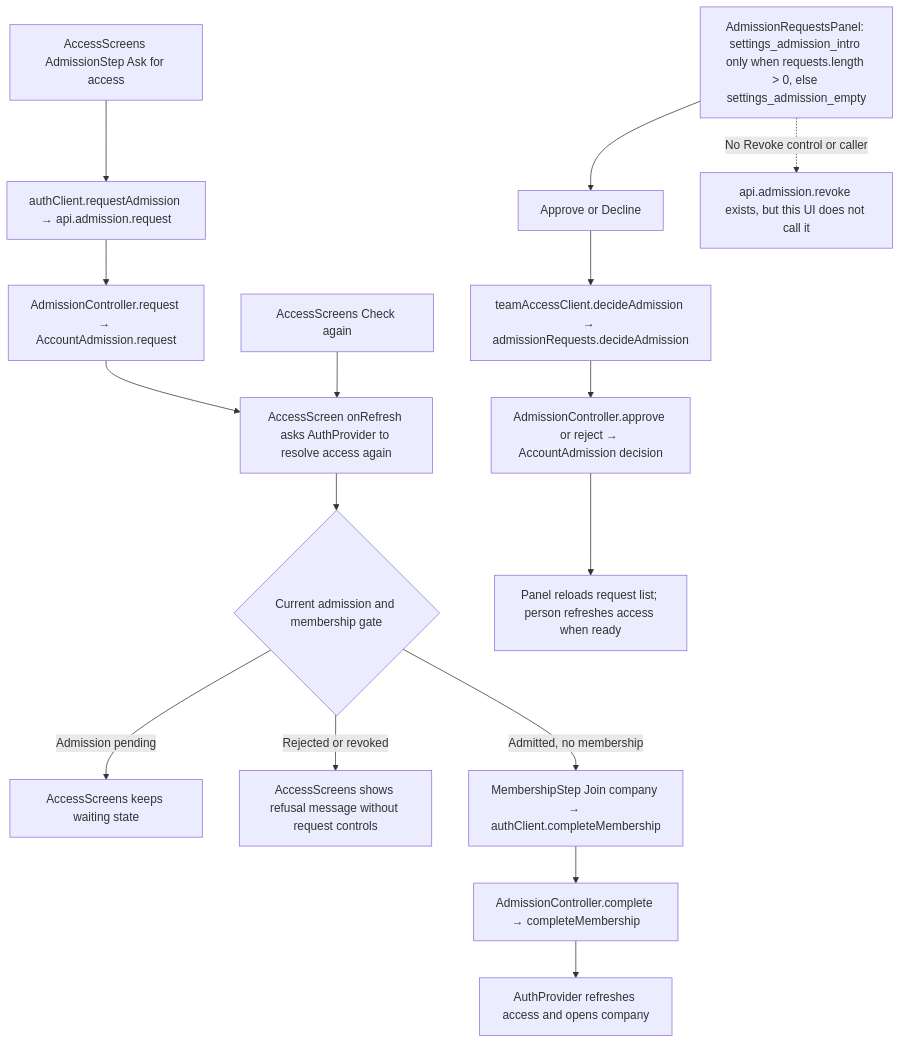
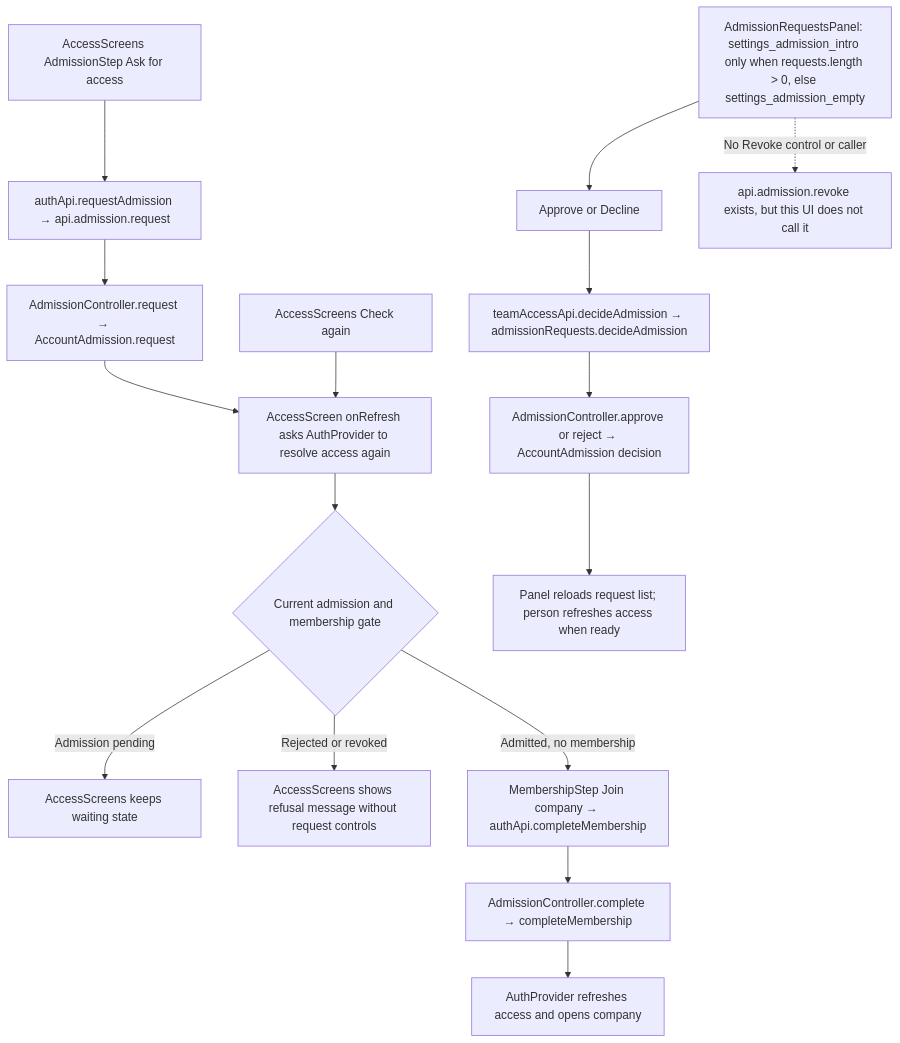
Before and after one commit to Kevinjohn/capacitylens: the second of 2 diagrams in user-stories/team/US-TEAM-05-request-admission.md, drawn with Mermaid. The commit also changed other lines of this file and 79 other files, not shown here.

First line of the commit message:
Client to Api: rename the typed HTTP modules

````diff
--- a/user-stories/team/US-TEAM-05-request-admission.md
+++ b/user-stories/team/US-TEAM-05-request-admission.md
@@ -37,18 +37,18 @@
 ```mermaid
 flowchart TD
-    Ask["AccessScreens AdmissionStep Ask for access"] --> AuthClient["authClient.requestAdmission → api.admission.request"]
-    AuthClient --> RequestController["AdmissionController.request → AccountAdmission.request"]
+    Ask["AccessScreens AdmissionStep Ask for access"] --> AuthApi["authApi.requestAdmission → api.admission.request"]
+    AuthApi --> RequestController["AdmissionController.request → AccountAdmission.request"]
     RequestController --> Refresh["AccessScreen onRefresh asks AuthProvider to resolve access again"]
     Check["AccessScreens Check again"] --> Refresh
     Refresh --> Gate{"Current admission and membership gate"}
     Gate -->|"Admission pending"| Wait["AccessScreens keeps waiting state"]
     Gate -->|"Rejected or revoked"| Refused["AccessScreens shows refusal message without request controls"]
-    Gate -->|"Admitted, no membership"| Join["MembershipStep Join company → authClient.completeMembership"]
+    Gate -->|"Admitted, no membership"| Join["MembershipStep Join company → authApi.completeMembership"]
     Join --> Complete["AdmissionController.complete → completeMembership"]
     Complete --> Company["AuthProvider refreshes access and opens company"]
     Manager["AdmissionRequestsPanel: settings_admission_intro only when requests.length > 0, else settings_admission_empty"] --> Buttons["Approve or Decline"]
-    Buttons --> Client["teamAccessClient.decideAdmission → admissionRequests.decideAdmission"]
+    Buttons --> Client["teamAccessApi.decideAdmission → admissionRequests.decideAdmission"]
     Client --> Decision["AdmissionController.approve or reject → AccountAdmission decision"]
     Decision --> Reload["Panel reloads request list; person refreshes access when ready"]
     Manager -. "No Revoke control or caller" .-> NoRevoke["api.admission.revoke exists, but this UI does not call it"]
 ```
````
